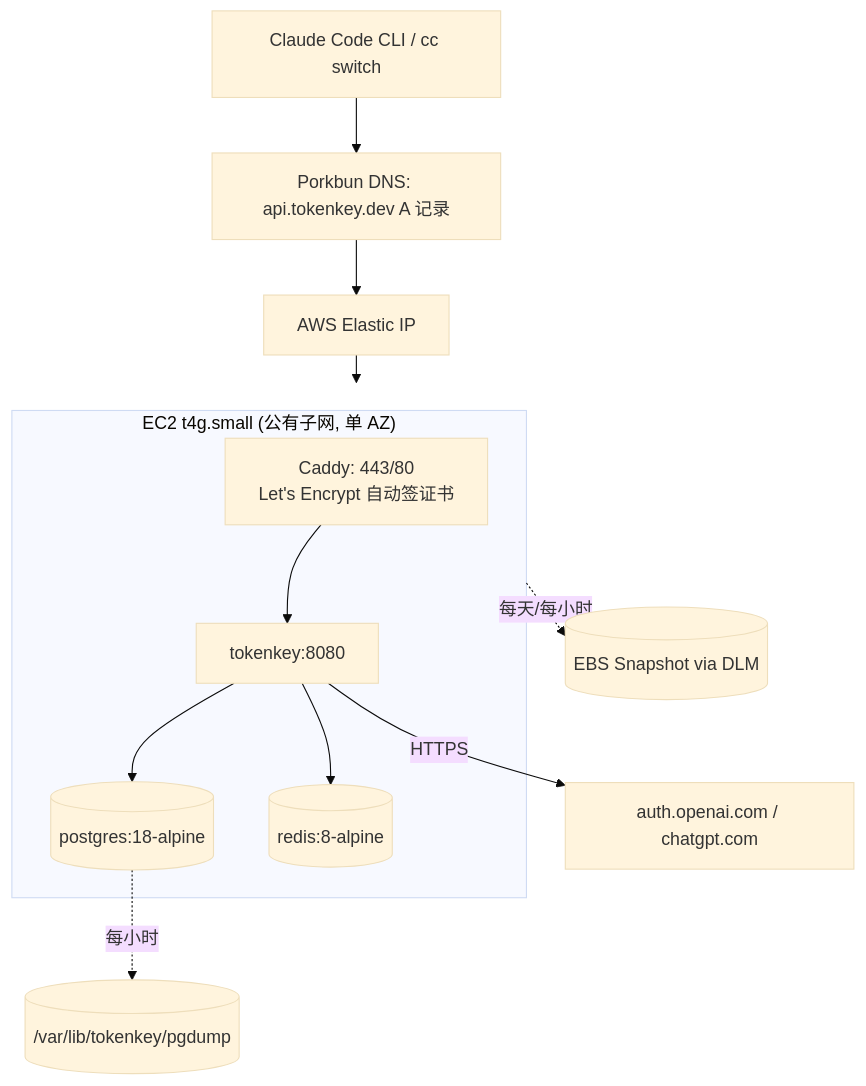
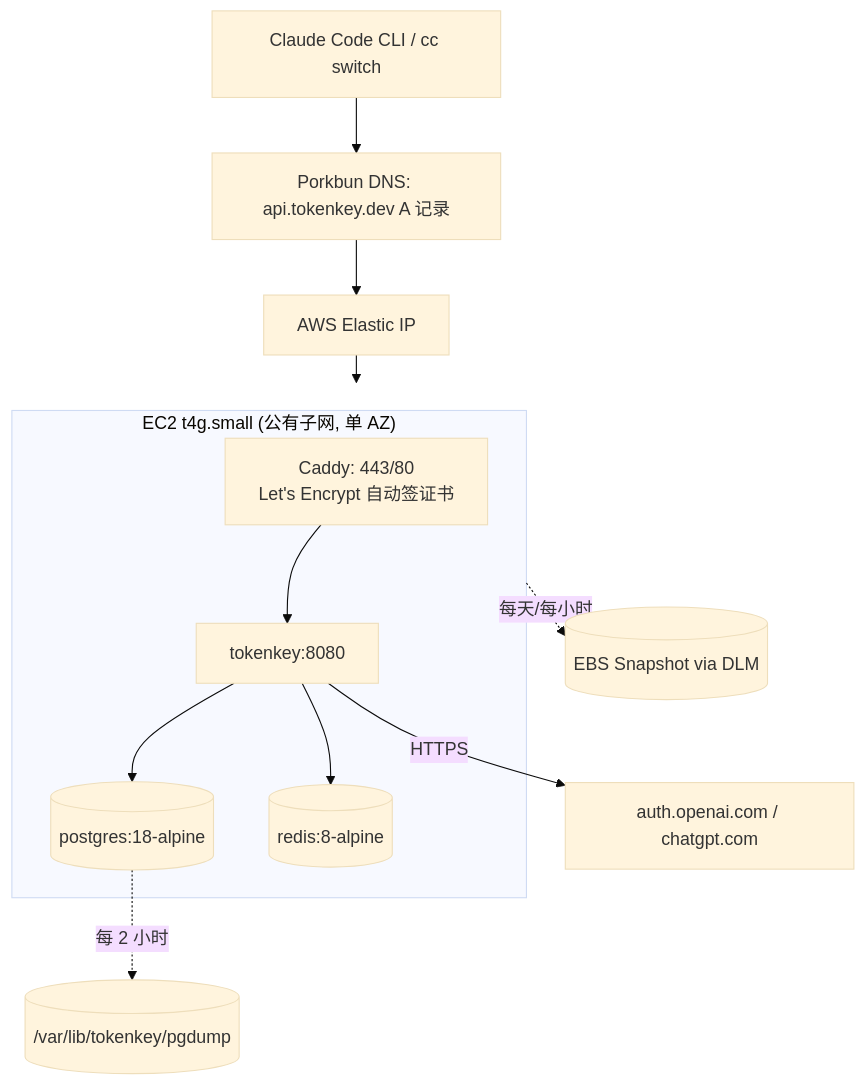
The diagram in docs/deploy/aws-us-openai-gateway-deployment.md (youxuanxue/sub2api), drawn with Mermaid (base theme) before and after one commit. The commit also changed other lines of this file and 2 other files, not shown here.

````diff
--- a/docs/deploy/aws-us-openai-gateway-deployment.md
+++ b/docs/deploy/aws-us-openai-gateway-deployment.md
@@ -59,20 +59,20 @@
 ```mermaid
 flowchart TD
     USER[Claude Code CLI / cc switch] --> DNS[Porkbun DNS: api.tokenkey.dev A 记录]
     DNS --> EIP[AWS Elastic IP]
     EIP --> EC2
 
     subgraph EC2["EC2 t4g.small (公有子网, 单 AZ)"]
         CADDY[Caddy: 443/80<br/>Let's Encrypt 自动签证书]
         APP[tokenkey:8080]
         PG[(postgres:18-alpine)]
         RDS[(redis:8-alpine)]
         CADDY --> APP
         APP --> PG
         APP --> RDS
     end
 
     APP -- HTTPS --> OAI[auth.openai.com / chatgpt.com]
     EC2 -. 每天/每小时 .-> EBS_SNAP[(EBS Snapshot via DLM)]
-    PG -. 每小时 .-> PGDUMP[(/var/lib/tokenkey/pgdump)]
+    PG -. 每 2 小时 .-> PGDUMP[(/var/lib/tokenkey/pgdump)]
 ```
````
